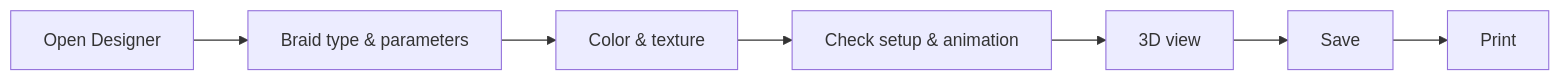
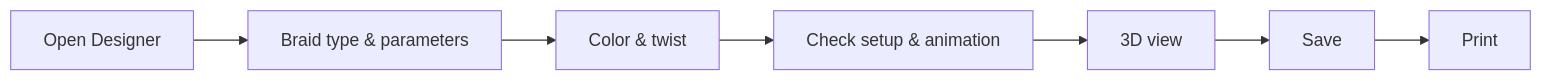
One commit to Herzog-GmbH/HerzogCAB-Docs changed the diagram in docs/tasks/design-from-scratch.en.md. Above: the diagram before and after it, drawn with Mermaid. The commit also changed other lines of this file and 53 other files, not shown here.

````diff
--- a/docs/tasks/design-from-scratch.en.md
+++ b/docs/tasks/design-from-scratch.en.md
@@ -11,9 +11,9 @@
 ```mermaid
 flowchart LR
   A["Open Designer"] --> B["Braid type & parameters"]
-  B --> C["Color & texture"]
+  B --> C["Color & twist"]
   C --> D["Check setup & animation"]
   D --> E["3D view"]
   E --> F["Save"]
   F --> G["Print"]
 ```
````
